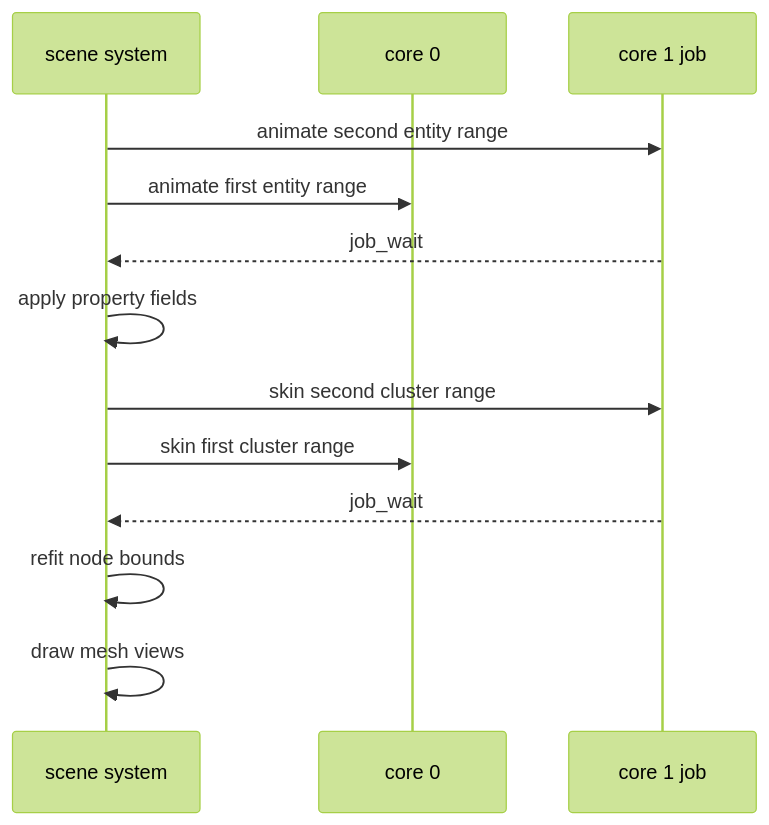
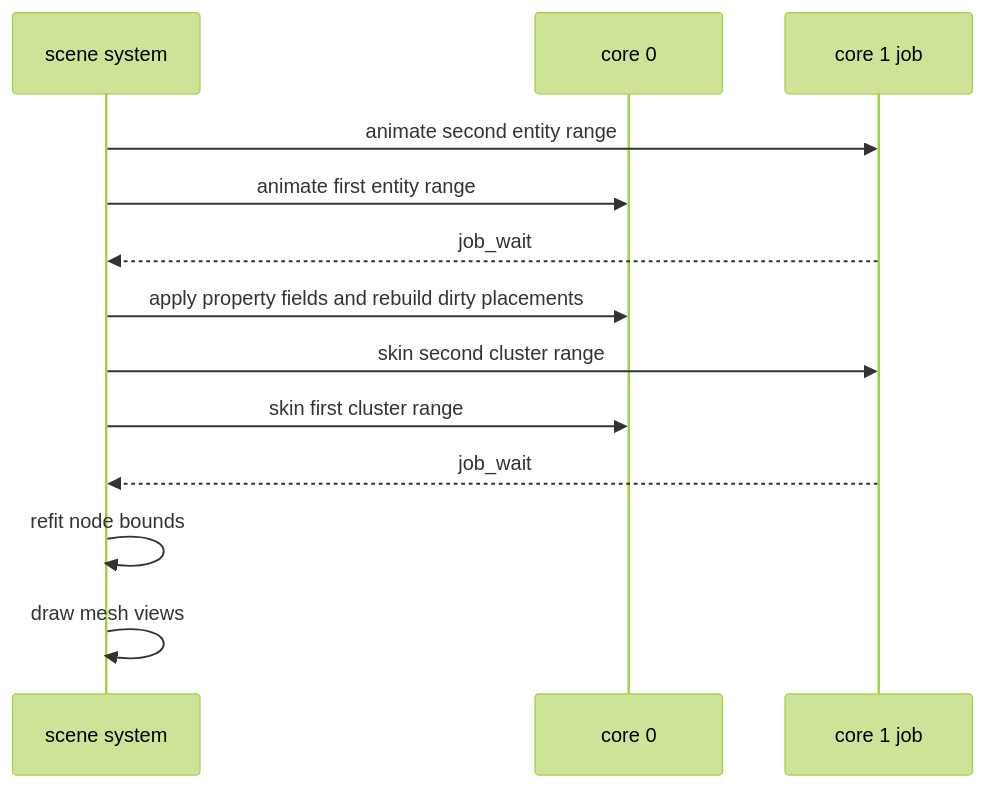
Before and after one commit to jose-villegas/autana: the diagram in docs/render/Skeleton-and-Skin.md, drawn with Mermaid (forest theme). The commit also changed other lines of this file and 10 other files, not shown here.

````diff
--- a/docs/render/Skeleton-and-Skin.md
+++ b/docs/render/Skeleton-and-Skin.md
@@ -138,15 +142,15 @@
 ```mermaid
 sequenceDiagram
     participant S as scene system
     participant C0 as core 0
     participant C1 as core 1 job
     S->>C1: animate second entity range
     S->>C0: animate first entity range
     C1-->>S: job_wait
-    S->>S: apply property fields
+    S->>C0: apply property fields and rebuild dirty placements
     S->>C1: skin second cluster range
     S->>C0: skin first cluster range
     C1-->>S: job_wait
     S->>S: refit node bounds
     S->>S: draw mesh views
 ```
````
